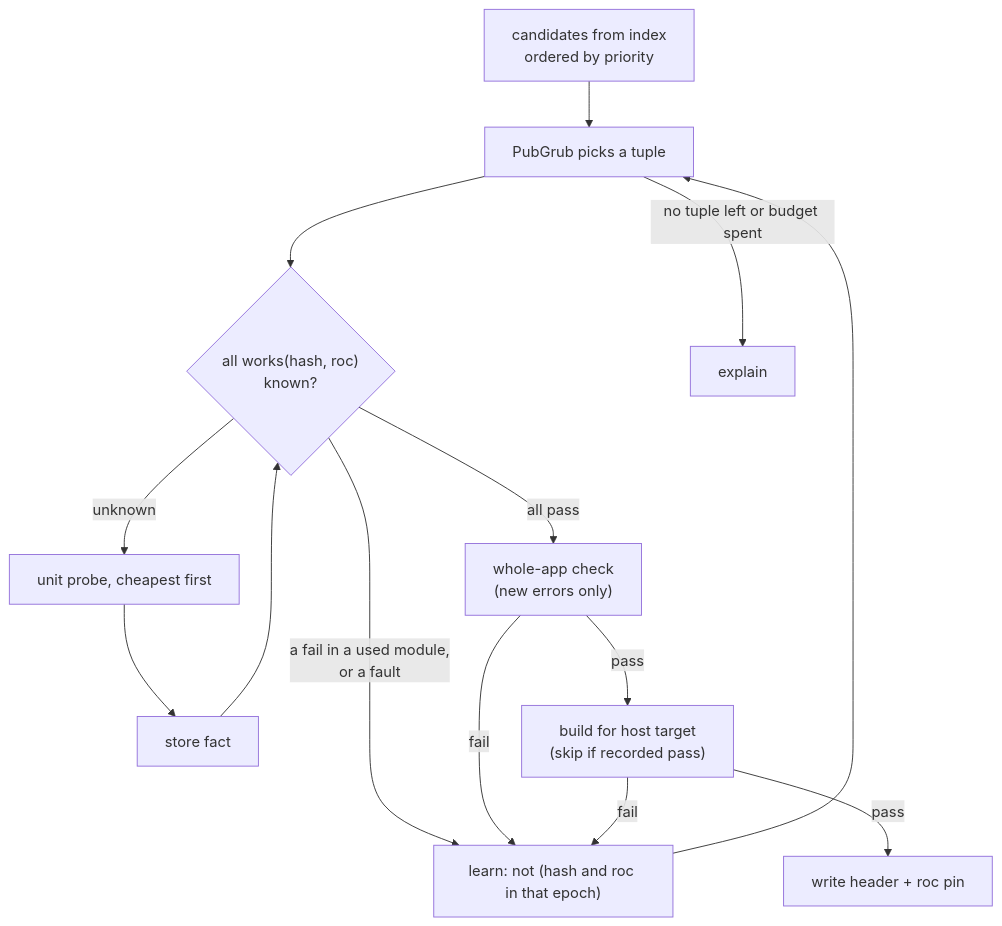
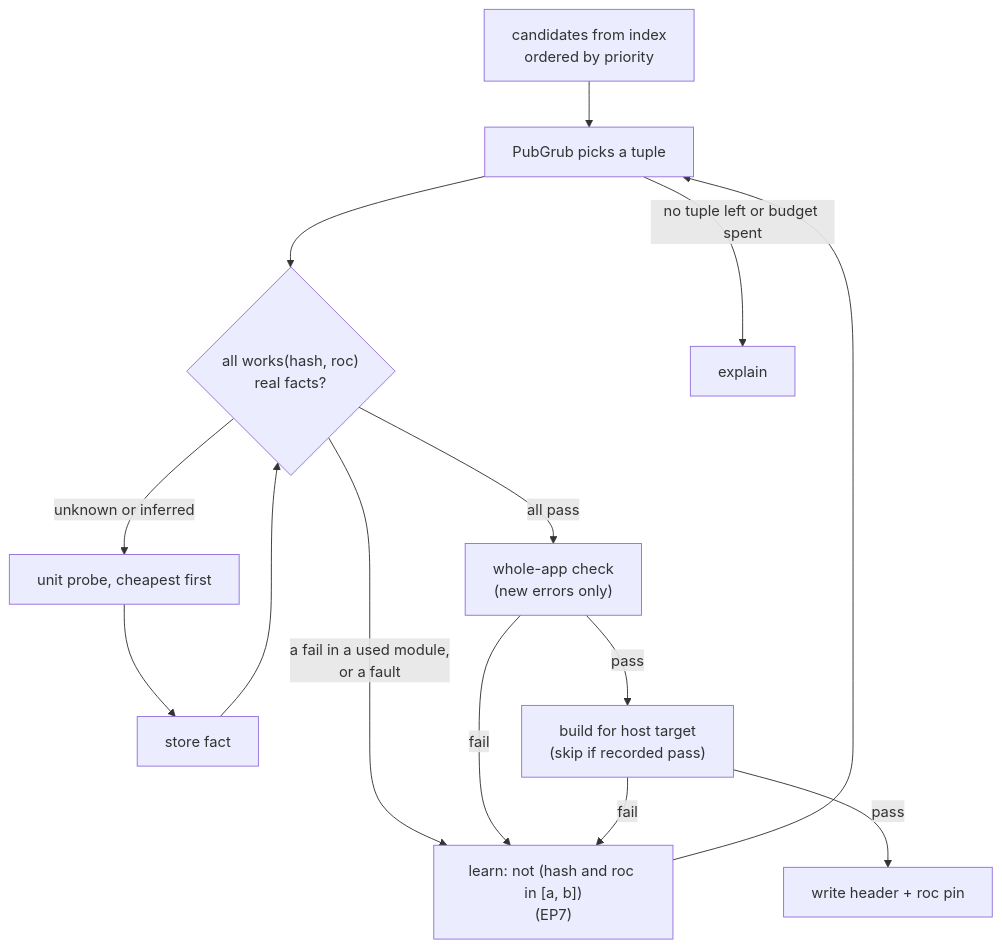
The diagram in DESIGN-RESOLUTION.md (roc-talon/talon), drawn with Mermaid before and after one commit. The commit also changed other lines of this file and 14 other files, not shown here.

````diff
--- a/DESIGN-RESOLUTION.md
+++ b/DESIGN-RESOLUTION.md
@@ -245,14 +272,14 @@
 ```mermaid
 flowchart TD
     A["candidates from index<br/>ordered by priority"] --> B["PubGrub picks a tuple"]
-    B --> C{"all works(hash, roc)<br/>known?"}
-    C -- unknown --> D["unit probe, cheapest first"]
+    B --> C{"all works(hash, roc)<br/>real facts?"}
+    C -- "unknown or inferred" --> D["unit probe, cheapest first"]
     D --> E["store fact"] --> C
-    C -- "a fail in a used module,<br/>or a fault" --> F["learn: not (hash and roc in that epoch)"] --> B
+    C -- "a fail in a used module,<br/>or a fault" --> F["learn: not (hash and roc in [a, b])<br/>(EP7)"] --> B
     C -- all pass --> G["whole-app check<br/>(new errors only)"]
     G -- pass --> G2["build for host target<br/>(skip if recorded pass)"]
     G2 -- pass --> H["write header + roc pin"]
     G -- fail --> F
     G2 -- fail --> F
     B -- no tuple left or budget spent --> X["explain"]
 ```
````
